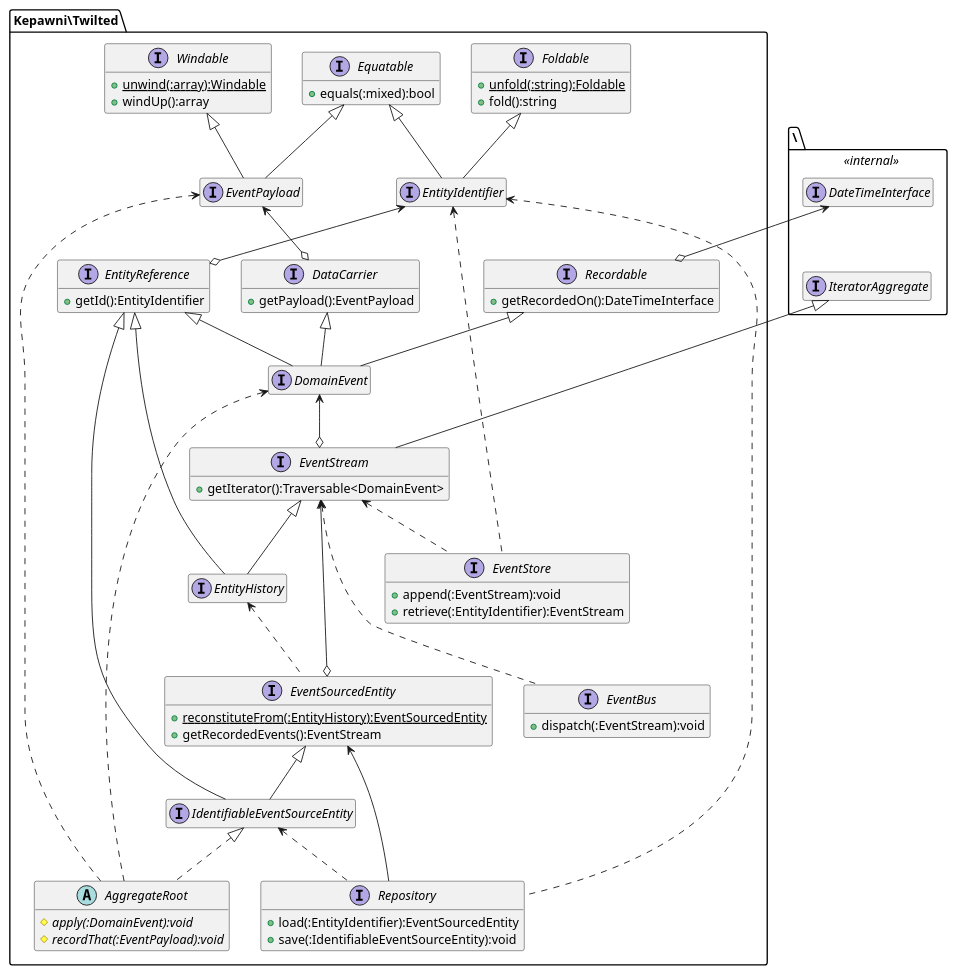
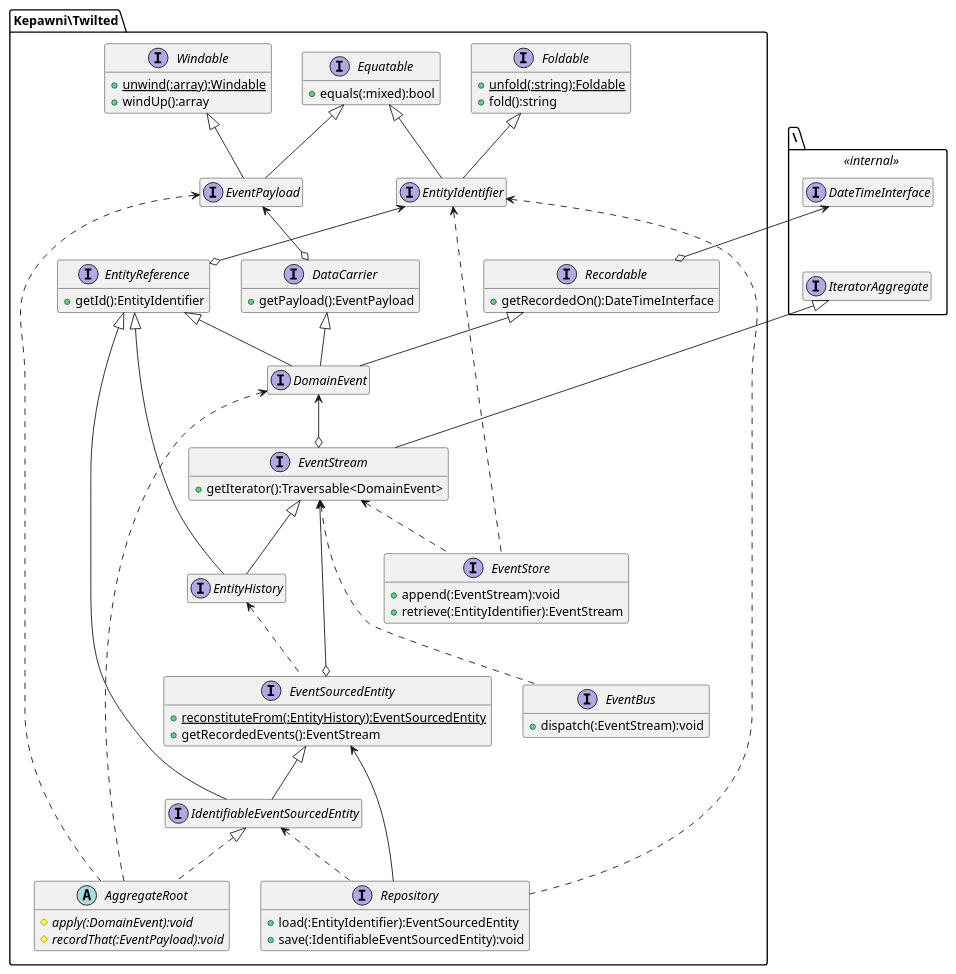
One commit to kepawni/twilted changed the diagram in doc/structure.puml. Above: the diagram before and after it, drawn with PlantUML. The commit also changed 7 other files, not shown here.

Commit message:
Deprecate IdentifiableEventSourceEntity due to typo and add correct one

```diff
--- a/doc/structure.puml
+++ b/doc/structure.puml
@@ -1,86 +1,86 @@
 @startuml
 hide empty members
 package \ <<internal>> {
     interface IteratorAggregate
     interface DateTimeInterface
 }
 package Kepawni\Twilted {
     abstract AggregateRoot {
         {abstract} #apply(:DomainEvent):void
         {abstract} #recordThat(:EventPayload):void
     }
     interface DataCarrier {
         +getPayload():EventPayload
     }
     interface DomainEvent
     interface EntityHistory
     interface EntityIdentifier
     interface EntityReference {
         +getId():EntityIdentifier
     }
     interface Equatable {
         +equals(:mixed):bool
     }
     interface EventBus {
         +dispatch(:EventStream):void
     }
     interface EventPayload
     interface EventSourcedEntity {
         {static} +reconstituteFrom(:EntityHistory):EventSourcedEntity
         +getRecordedEvents():EventStream
     }
     interface EventStore {
         +append(:EventStream):void
         +retrieve(:EntityIdentifier):EventStream
     }
     interface EventStream {
         +getIterator():Traversable<DomainEvent>
     }
     interface Foldable {
         {static} +unfold(:string):Foldable
         +fold():string
     }
-    interface IdentifiableEventSourceEntity
+    interface IdentifiableEventSourcedEntity
     interface Recordable {
         +getRecordedOn():DateTimeInterface
     }
     interface Repository {
         +load(:EntityIdentifier):EventSourcedEntity
-        +save(:IdentifiableEventSourceEntity):void
+        +save(:IdentifiableEventSourcedEntity):void
     }
     interface Windable {
         {static} +unwind(:array):Windable
         +windUp():array
     }
-    IdentifiableEventSourceEntity ^.. AggregateRoot
+    IdentifiableEventSourcedEntity ^.. AggregateRoot
     DataCarrier ^-- DomainEvent
     EntityReference ^-- DomainEvent
     Recordable ^-- DomainEvent
     EntityReference ^-- EntityHistory
     EventStream ^-- EntityHistory
     Equatable ^-- EntityIdentifier
     Foldable ^-- EntityIdentifier
     Equatable ^-- EventPayload
     Windable ^-- EventPayload
     IteratorAggregate ^-- EventStream
-    EntityReference ^-- IdentifiableEventSourceEntity
-    EventSourcedEntity ^-- IdentifiableEventSourceEntity
+    EntityReference ^-- IdentifiableEventSourcedEntity
+    EventSourcedEntity ^-- IdentifiableEventSourcedEntity
 
     EventPayload <--o DataCarrier
     EntityIdentifier <--o EntityReference
     EventStream <--o EventSourcedEntity
     DomainEvent <--o EventStream
     DateTimeInterface <--o Recordable
     EventSourcedEntity <-- Repository
     DomainEvent <.. AggregateRoot
     EventPayload <.. AggregateRoot
     EventStream <... EventBus
     EntityHistory <.. EventSourcedEntity
     EntityIdentifier <... EventStore
     EventStream <.. EventStore
     EntityIdentifier <.. Repository
-    IdentifiableEventSourceEntity <.. Repository
+    IdentifiableEventSourcedEntity <.. Repository
 
     DateTimeInterface -[hidden]- IteratorAggregate
 }
 @enduml
```
